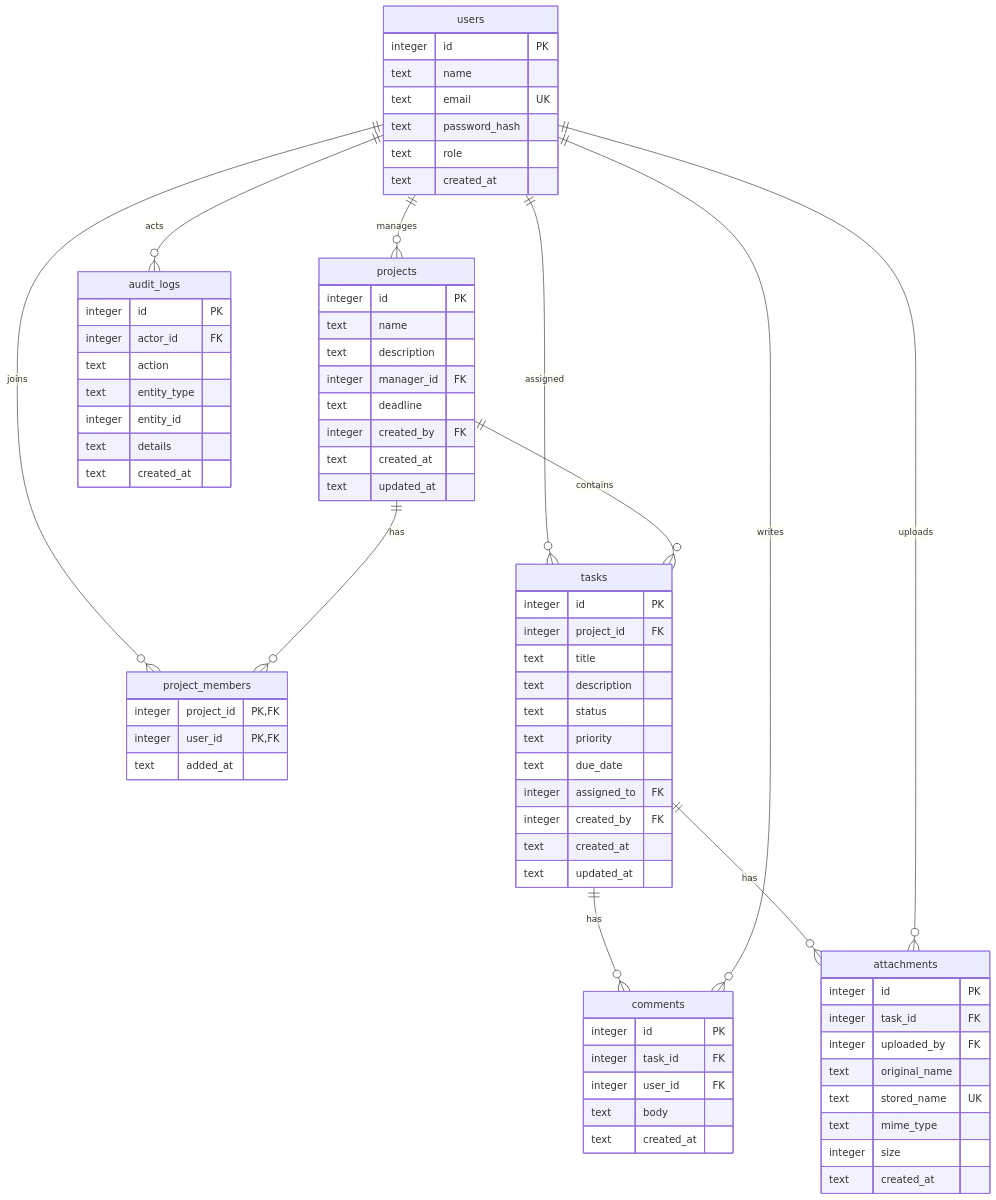
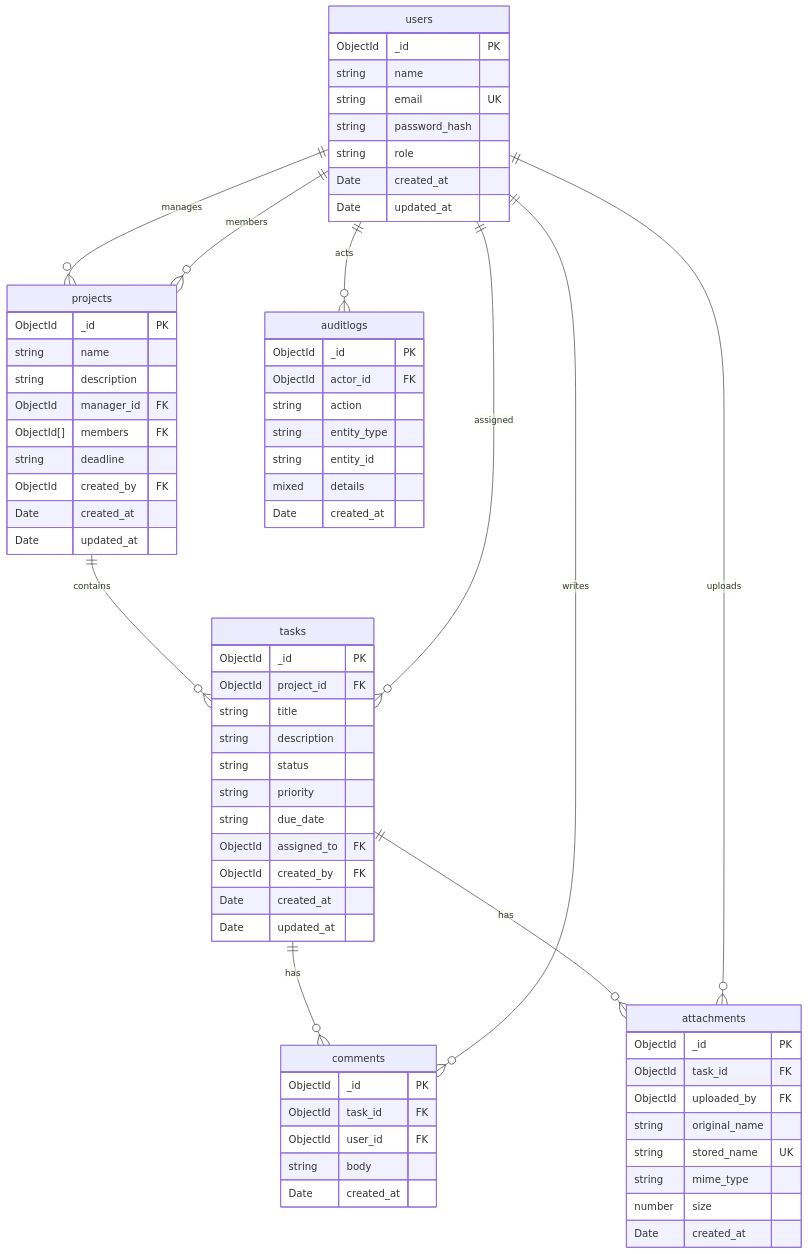
Before and after one commit to akashtyagi03/Project-management: the diagram in docs/ERD.md, drawn with Mermaid. The commit also changed other lines of this file and 32 other files, not shown here.

````diff
--- a/docs/ERD.md
+++ b/docs/ERD.md
@@ -7,82 +5,77 @@
 ```mermaid
 erDiagram
     users {
-        integer id PK
-        text name
-        text email UK
-        text password_hash
-        text role
-        text created_at
+        ObjectId _id PK
+        string name
+        string email UK
+        string password_hash
+        string role
+        Date created_at
+        Date updated_at
     }
 
     projects {
-        integer id PK
-        text name
-        text description
-        integer manager_id FK
-        text deadline
-        integer created_by FK
-        text created_at
-        text updated_at
-    }
-
-    project_members {
-        integer project_id PK, FK
-        integer user_id PK, FK
-        text added_at
+        ObjectId _id PK
+        string name
+        string description
+        ObjectId manager_id FK
+        ObjectId[] members FK
+        string deadline
+        ObjectId created_by FK
+        Date created_at
+        Date updated_at
     }
 
     tasks {
-        integer id PK
-        integer project_id FK
-        text title
-        text description
-        text status
-        text priority
-        text due_date
-        integer assigned_to FK
-        integer created_by FK
-        text created_at
-        text updated_at
+        ObjectId _id PK
+        ObjectId project_id FK
+        string title
+        string description
+        string status
+        string priority
+        string due_date
+        ObjectId assigned_to FK
+        ObjectId created_by FK
+        Date created_at
+        Date updated_at
     }
 
     comments {
-        integer id PK
-        integer task_id FK
-        integer user_id FK
-        text body
-        text created_at
+        ObjectId _id PK
+        ObjectId task_id FK
+        ObjectId user_id FK
+        string body
+        Date created_at
     }
 
     attachments {
-        integer id PK
-        integer task_id FK
-        integer uploaded_by FK
-        text original_name
-        text stored_name UK
-        text mime_type
-        integer size
-        text created_at
+        ObjectId _id PK
+        ObjectId task_id FK
+        ObjectId uploaded_by FK
+        string original_name
+        string stored_name UK
+        string mime_type
+        number size
+        Date created_at
     }
 
-    audit_logs {
-        integer id PK
-        integer actor_id FK
-        text action
-        text entity_type
-        integer entity_id
-        text details
-        text created_at
+    auditlogs {
+        ObjectId _id PK
+        ObjectId actor_id FK
+        string action
+        string entity_type
+        string entity_id
+        mixed details
+        Date created_at
     }
 
     users ||--o{ projects : manages
-    users ||--o{ project_members : joins
-    projects ||--o{ project_members : has
+    users ||--o{ projects : members
+    projects ||--o{ tasks : contains
     users ||--o{ tasks : assigned
-    projects ||--o{ tasks : contains
     tasks ||--o{ comments : has
     users ||--o{ comments : writes
     tasks ||--o{ attachments : has
     users ||--o{ attachments : uploads
-    users ||--o{ audit_logs : acts
+    users ||--o{ auditlogs : acts
 ```
````
